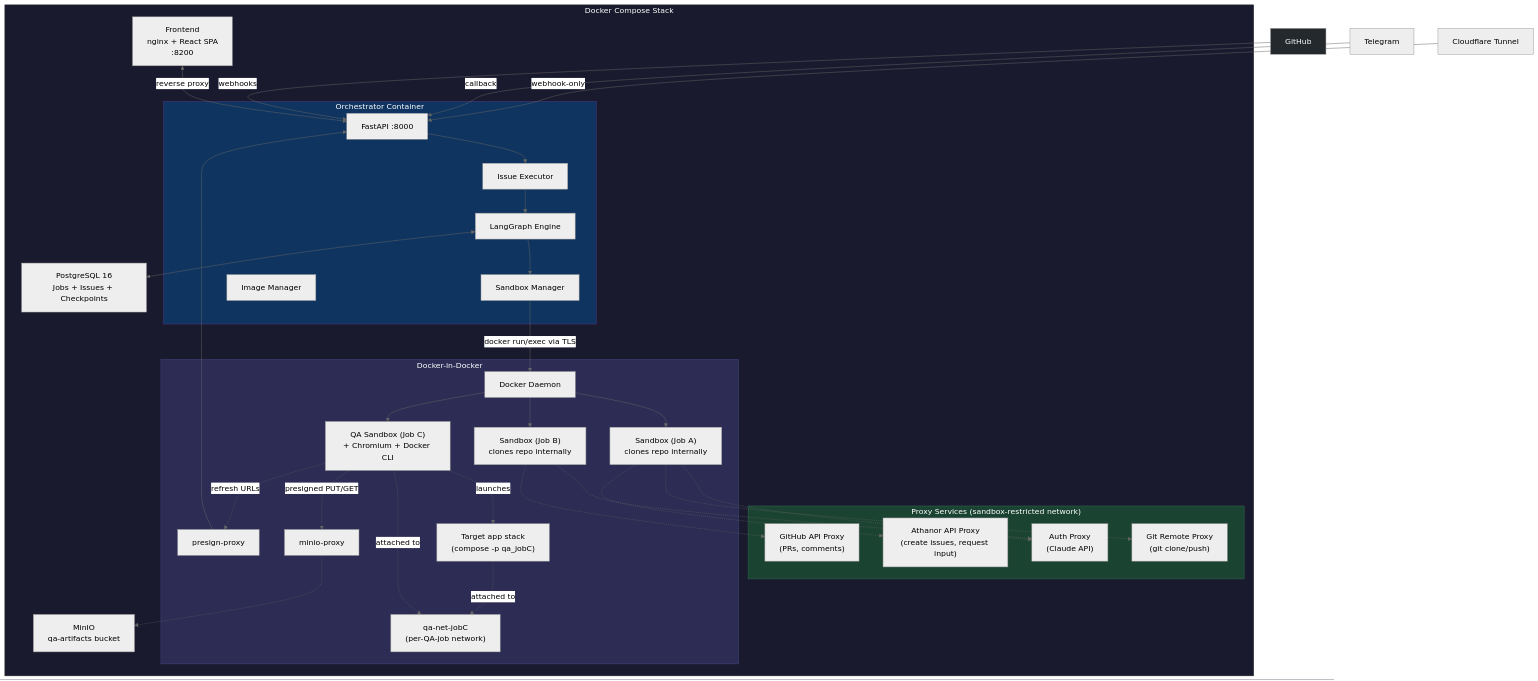
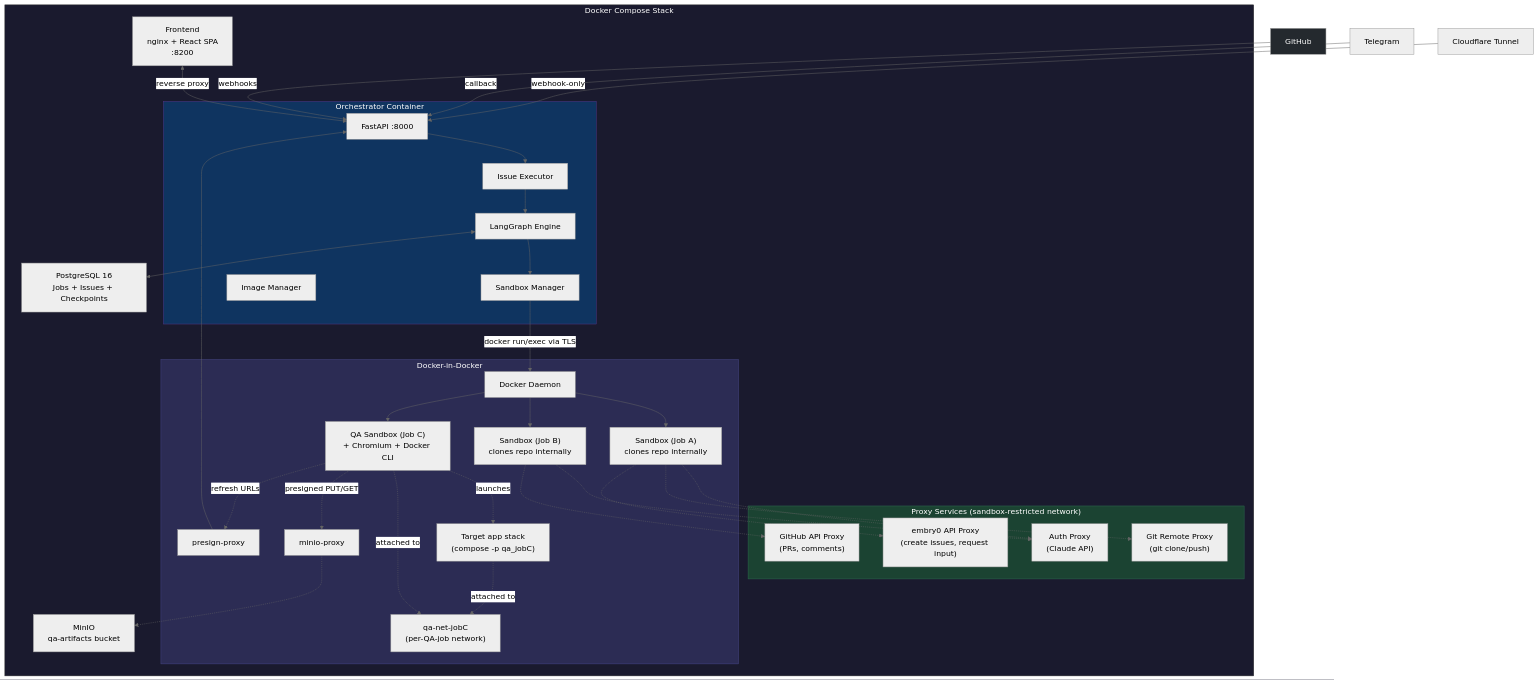
One commit to sudoTomas/embry0 changed the second of 11 diagrams in docs/architecture.md. Above: the diagram before and after it, drawn with Mermaid (neutral theme). The commit also changed other lines of this file and 8 other files, not shown here.

````diff
--- a/docs/architecture.md
+++ b/docs/architecture.md
@@ -41,68 +41,68 @@
 ```mermaid
 graph TB
     subgraph Stack["Docker Compose Stack"]
         FE["Frontend<br/>nginx + React SPA<br/>:8200"]
 
         subgraph Orchestrator["Orchestrator Container"]
             API["FastAPI :8000"]
             LG["LangGraph Engine"]
             EX["Issue Executor"]
             SM["Sandbox Manager"]
             IM["Image Manager"]
         end
 
         subgraph Proxies["Proxy Services (sandbox-restricted network)"]
             AP["Auth Proxy<br/>(Claude API)"]
             GP["Git Remote Proxy<br/>(git clone/push)"]
             GHP["GitHub API Proxy<br/>(PRs, comments)"]
-            LP["Athanor API Proxy<br/>(create issues, request input)"]
+            LP["embry0 API Proxy<br/>(create issues, request input)"]
         end
 
         PG["PostgreSQL 16<br/>Jobs + Issues + Checkpoints"]
 
         subgraph DinD["Docker-in-Docker"]
             DD["Docker Daemon"]
             S1["Sandbox (Job A)<br/>clones repo internally"]
             S2["Sandbox (Job B)<br/>clones repo internally"]
             SQ["QA Sandbox (Job C)<br/>+ Chromium + Docker CLI"]
             QAN["qa-net-jobC<br/>(per-QA-job network)"]
             APP["Target app stack<br/>(compose -p qa_jobC)"]
             MP["minio-proxy"]
             PP["presign-proxy"]
         end
 
         MIN["MinIO<br/>qa-artifacts bucket"]
     end
 
     FE <-->|reverse proxy| API
     API --> EX
     EX --> LG
     LG --> SM
     SM -->|"docker run/exec via TLS"| DD
     DD --> S1
     DD --> S2
     DD --> SQ
     S1 -.-> AP
     S1 -.-> GP
     S1 -.-> LP
     S2 -.-> AP
     S2 -.-> GHP
     SQ -.->|launches| APP
     SQ -.->|attached to| QAN
     APP -.->|attached to| QAN
     SQ -.->|presigned PUT/GET| MP
     SQ -.->|refresh URLs| PP
     MP -.-> MIN
     PP --> API
     LG <--> PG
 
     GH["GitHub"] -->|webhooks| API
     TG["Telegram"] -->|callback| API
     CF["Cloudflare Tunnel"] -->|webhook-only| API
 
     style Stack fill:#1a1a2e,stroke:#333,color:#fff
     style Orchestrator fill:#0f3460,stroke:#533483,color:#fff
     style Proxies fill:#1b4332,stroke:#2d6a4f,color:#fff
     style DinD fill:#2c2c54,stroke:#474787,color:#fff
     style GH fill:#24292e,color:#fff
 ```
````
